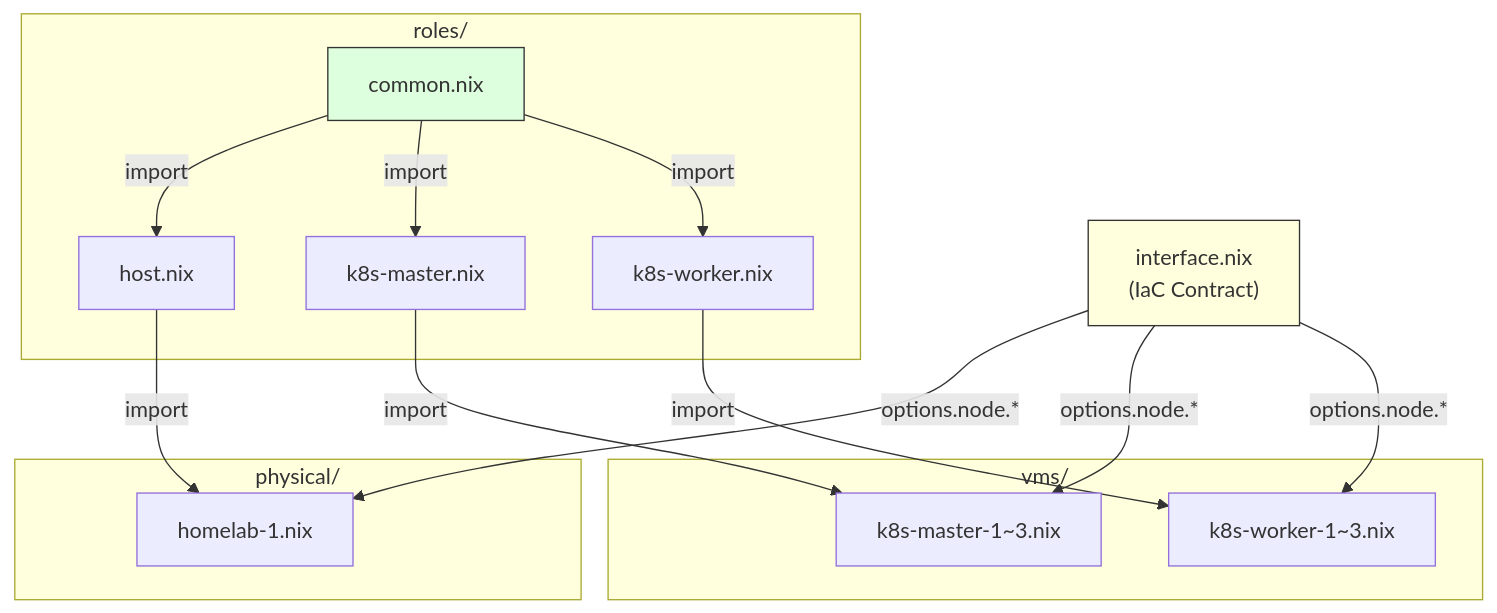
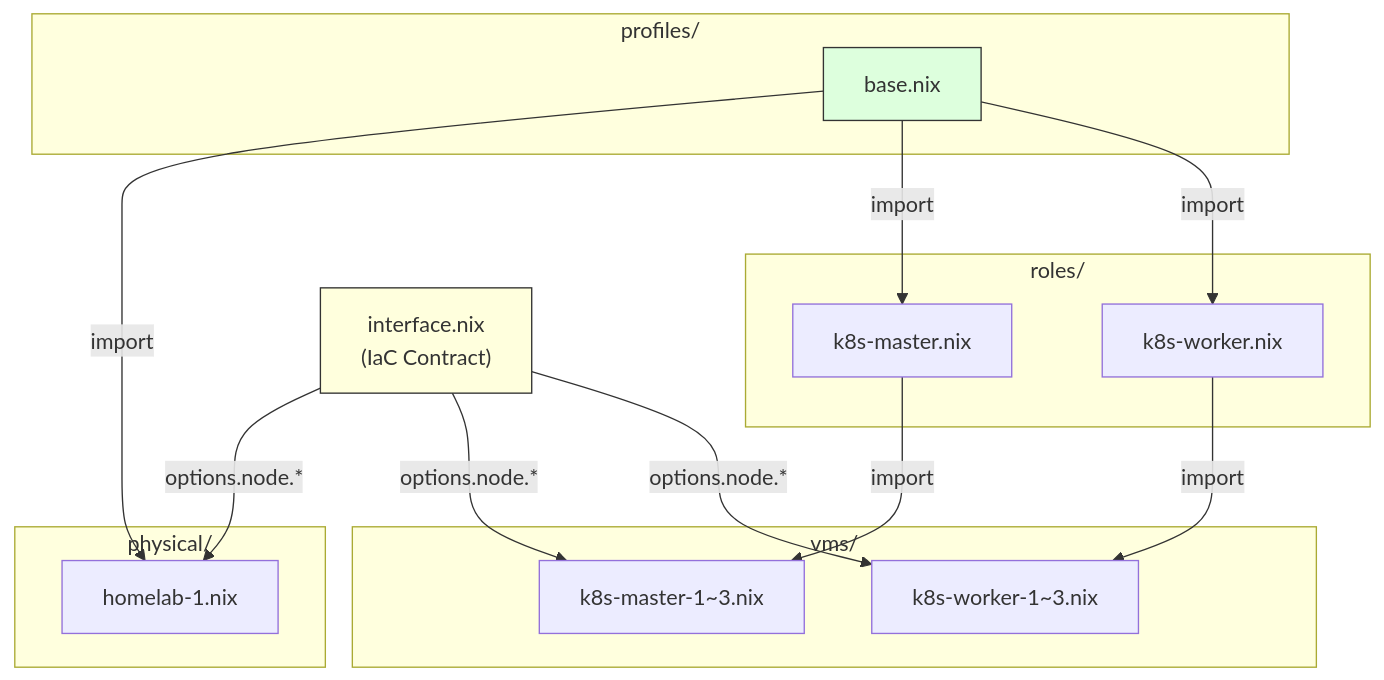
One commit to vanillacake369/tonys-homelab changed the diagram in nodes/README.md. Above: the diagram before and after it, drawn with Mermaid. The commit also changed other lines of this file and 13 other files, not shown here.

First line of the commit message:
feat(nix): add homelab-2 worker profile

````diff
--- a/nodes/README.md
+++ b/nodes/README.md
@@ -21,35 +21,36 @@
 ```mermaid
 flowchart TB
   Contract["interface.nix<br/>(IaC Contract)"]
 
   subgraph Roles["roles/"]
-    Common["common.nix"]
-    Host["host.nix"]
     Master["k8s-master.nix"]
     Worker["k8s-worker.nix"]
+  end
+
+  subgraph Profiles["profiles/"]
+    Base["base.nix"]
   end
 
   subgraph Physical["physical/"]
     H1["homelab-1.nix"]
   end
 
   subgraph VMs["vms/"]
     M1["k8s-master-1~3.nix"]
     W1["k8s-worker-1~3.nix"]
   end
 
   Contract -->|"options.node.*"| H1
   Contract -->|"options.node.*"| M1
   Contract -->|"options.node.*"| W1
 
-  Common -->|"import"| Host
-  Common -->|"import"| Master
-  Common -->|"import"| Worker
+  Base -->|"import"| H1
+  Base -->|"import"| Master
+  Base -->|"import"| Worker
 
-  Host -->|"import"| H1
   Master -->|"import"| M1
   Worker -->|"import"| W1
 
   style Contract fill:#ffd,stroke:#333
-  style Common fill:#dfd,stroke:#333
+  style Base fill:#dfd,stroke:#333
 ```
````
